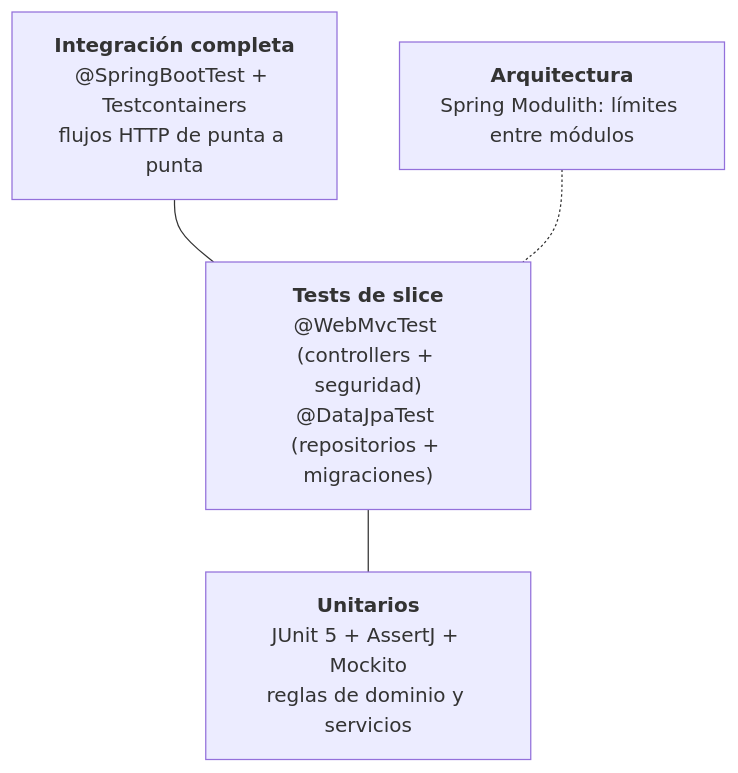
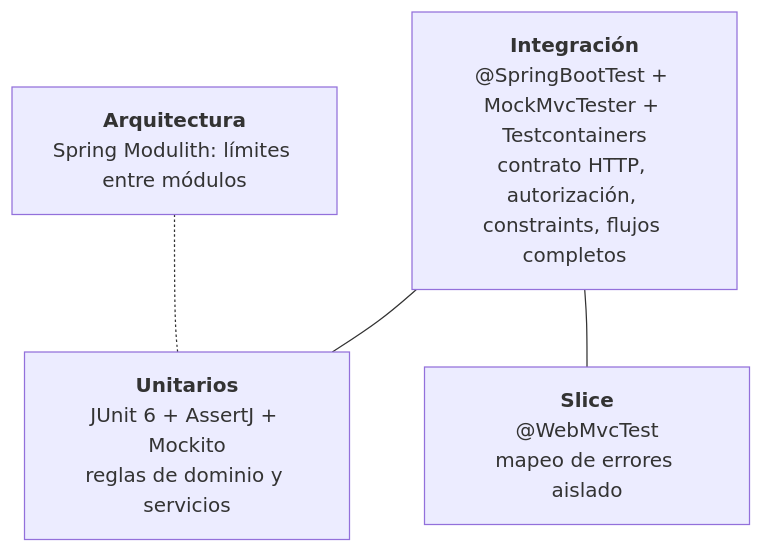
Before and after one commit to paulaciano/streamstories: the first of 2 diagrams in docs/06-calidad-y-flujo-de-trabajo.md, drawn with Mermaid. The commit also changed other lines of this file and 7 other files, not shown here.

````diff
--- a/docs/06-calidad-y-flujo-de-trabajo.md
+++ b/docs/06-calidad-y-flujo-de-trabajo.md
@@ -7,9 +7,10 @@
 ```mermaid
 flowchart TB
-    e2e["<b>Integración completa</b><br/>@SpringBootTest + Testcontainers<br/>flujos HTTP de punta a punta"]
-    slice["<b>Tests de slice</b><br/>@WebMvcTest (controllers + seguridad)<br/>@DataJpaTest (repositorios + migraciones)"]
-    unit["<b>Unitarios</b><br/>JUnit 5 + AssertJ + Mockito<br/>reglas de dominio y servicios"]
+    e2e["<b>Integración</b><br/>@SpringBootTest + MockMvcTester + Testcontainers<br/>contrato HTTP, autorización, constraints, flujos completos"]
+    unit["<b>Unitarios</b><br/>JUnit 6 + AssertJ + Mockito<br/>reglas de dominio y servicios"]
+    slice["<b>Slice</b><br/>@WebMvcTest<br/>mapeo de errores aislado"]
     arch["<b>Arquitectura</b><br/>Spring Modulith: límites entre módulos"]
-    e2e --- slice --- unit
-    arch -.- slice
+    e2e --- unit
+    e2e --- slice
+    arch -.- unit
 ```
````
